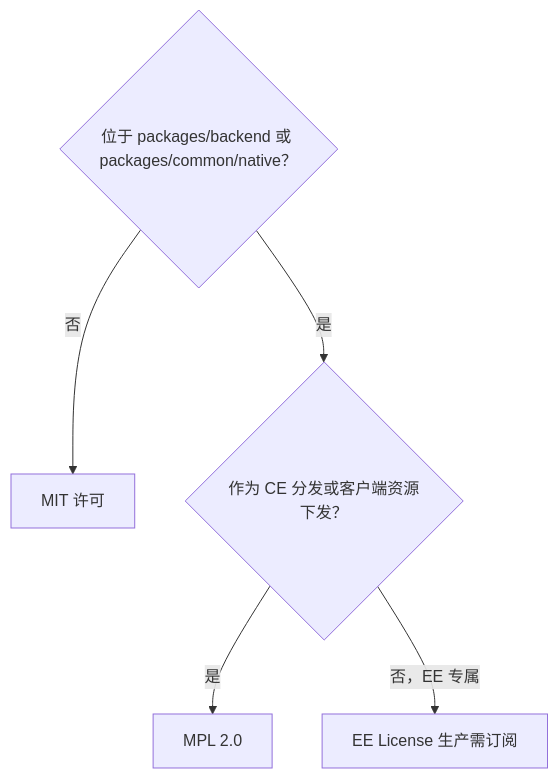
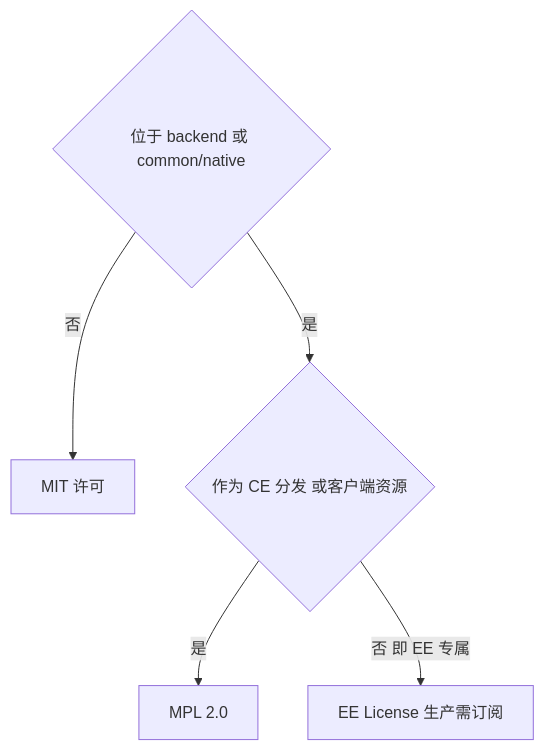
Before and after one commit to lfire/AFFiNE: the second of 5 diagrams in learning-guide/slides/decks/03.md, drawn with Mermaid. The commit also changed other lines of this file and 46 other files, not shown here.

````diff
--- a/learning-guide/slides/decks/03.md
+++ b/learning-guide/slides/decks/03.md
@@ -100,8 +128,8 @@
 ```mermaid
 flowchart TD
-    Q1{"位于 packages/backend 或 packages/common/native？"}
-    Q1 -->|否| MIT[MIT 许可]
-    Q1 -->|是| Q2{"作为 CE 分发或客户端资源下发？"}
-    Q2 -->|是| MPL["MPL 2.0"]
-    Q2 -->|否，EE 专属| EE[EE License 生产需订阅]
+  Q1{"位于 backend 或 common/native"}
+  Q1 -->|否| MIT["MIT 许可"]
+  Q1 -->|是| Q2{"作为 CE 分发 或客户端资源"}
+  Q2 -->|是| MPL["MPL 2.0"]
+  Q2 -->|"否 即 EE 专属"| EE["EE License 生产需订阅"]
 ```
````
